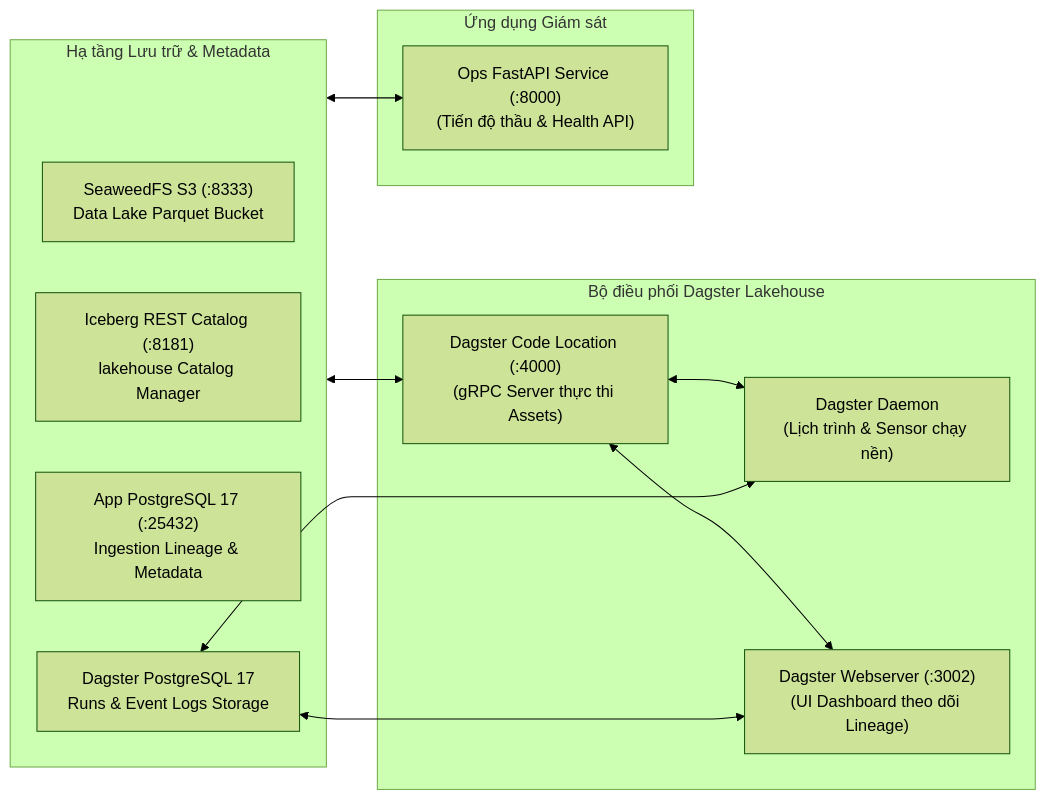
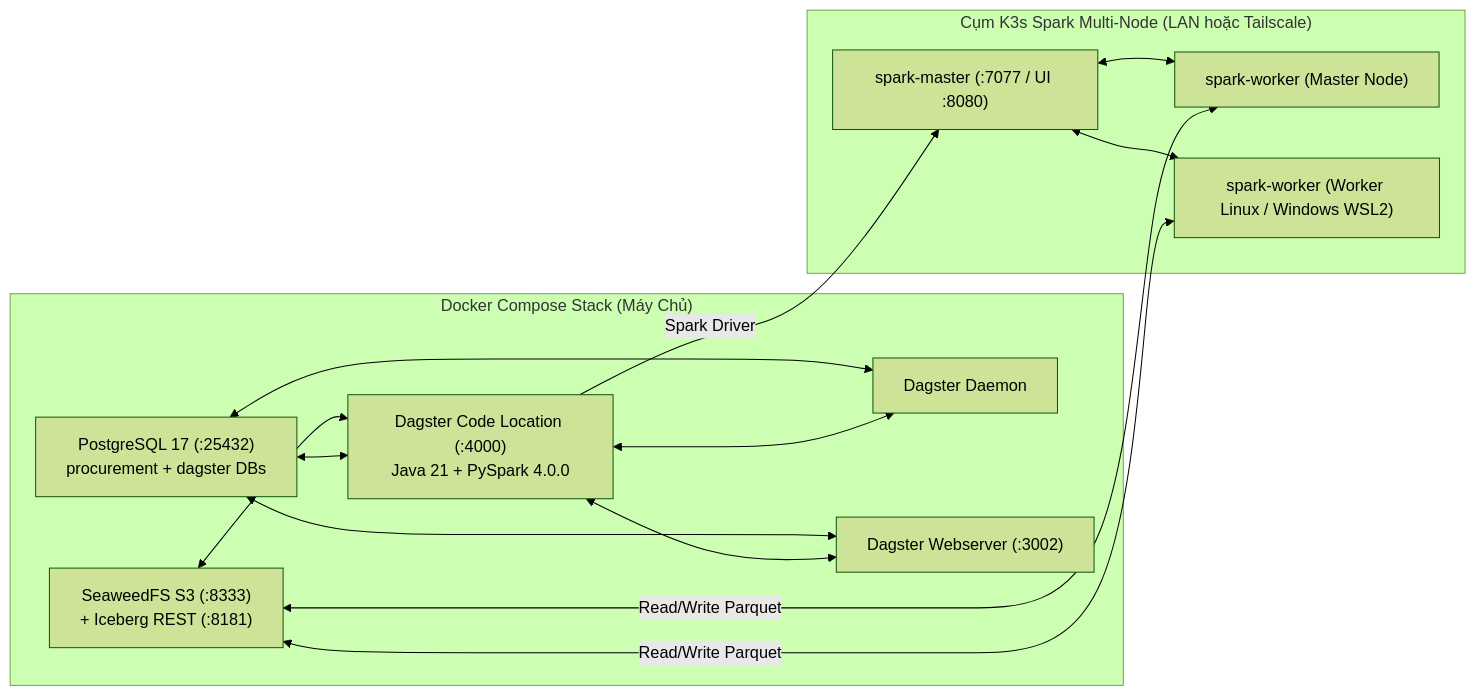
Before and after one commit to KhangQuachUnique/procurement-lakehouse: the second of 2 diagrams in docs/architecture/01-system-overview-and-dataflow.md, drawn with Mermaid (forest theme). The commit also changed other lines of this file and 467 other files, not shown here.

````diff
--- a/docs/architecture/01-system-overview-and-dataflow.md
+++ b/docs/architecture/01-system-overview-and-dataflow.md
@@ -73,26 +58,28 @@
 ```mermaid
 flowchart LR
-    subgraph StorageInfra["Hạ tầng Lưu trữ & Metadata"]
-        S3["SeaweedFS S3 (:8333)<br/>Data Lake Parquet Bucket"]
-        CATALOG["Iceberg REST Catalog (:8181)<br/>lakehouse Catalog Manager"]
-        APP_PG["App PostgreSQL 17 (:25432)<br/>Ingestion Lineage & Metadata"]
-        DAG_PG["Dagster PostgreSQL 17<br/>Runs & Event Logs Storage"]
+    subgraph DockerHost["Docker Compose Stack (Máy Chủ)"]
+        S3["SeaweedFS S3 (:8333)<br/>+ Iceberg REST (:8181)"]
+        PG["PostgreSQL 17 (:25432)<br/>procurement + dagster DBs"]
+        DAG_LOC["Dagster Code Location (:4000)<br/>Java 21 + PySpark 4.0.0"]
+        DAG_DAEMON["Dagster Daemon"]
+        DAG_WEB["Dagster Webserver (:3002)"]
     end
 
-    subgraph Orchestration["Bộ điều phối Dagster Lakehouse"]
-        CODE_LOC["Dagster Code Location (:4000)<br/>(gRPC Server thực thi Assets)"]
-        DAEMON["Dagster Daemon<br/>(Lịch trình & Sensor chạy nền)"]
-        WEBSERVER["Dagster Webserver (:3002)<br/>(UI Dashboard theo dõi Lineage)"]
+    subgraph K3sCluster["Cụm K3s Spark Multi-Node (LAN hoặc Tailscale)"]
+        SM["spark-master (:7077 / UI :8080)"]
+        SW1["spark-worker (Master Node)"]
+        SW2["spark-worker (Worker Linux / Windows WSL2)"]
     end
 
-    subgraph Application["Ứng dụng Giám sát"]
-        OPS_APP["Ops FastAPI Service (:8000)<br/>(Tiến độ thầu & Health API)"]
-    end
-
-    StorageInfra <--> CODE_LOC
-    CODE_LOC <--> DAEMON
-    CODE_LOC <--> WEBSERVER
-    DAG_PG <--> DAEMON
-    DAG_PG <--> WEBSERVER
-    StorageInfra <--> OPS_APP
+    S3 <--> DAG_LOC
+    PG <--> DAG_LOC
+    PG <--> DAG_DAEMON
+    PG <--> DAG_WEB
+    DAG_LOC <--> DAG_DAEMON
+    DAG_LOC <--> DAG_WEB
+    DAG_LOC -->|"Spark Driver"| SM
+    SM <--> SW1
+    SM <--> SW2
+    SW1 <-->|"Read/Write Parquet"| S3
+    SW2 <-->|"Read/Write Parquet"| S3
 ```
````
